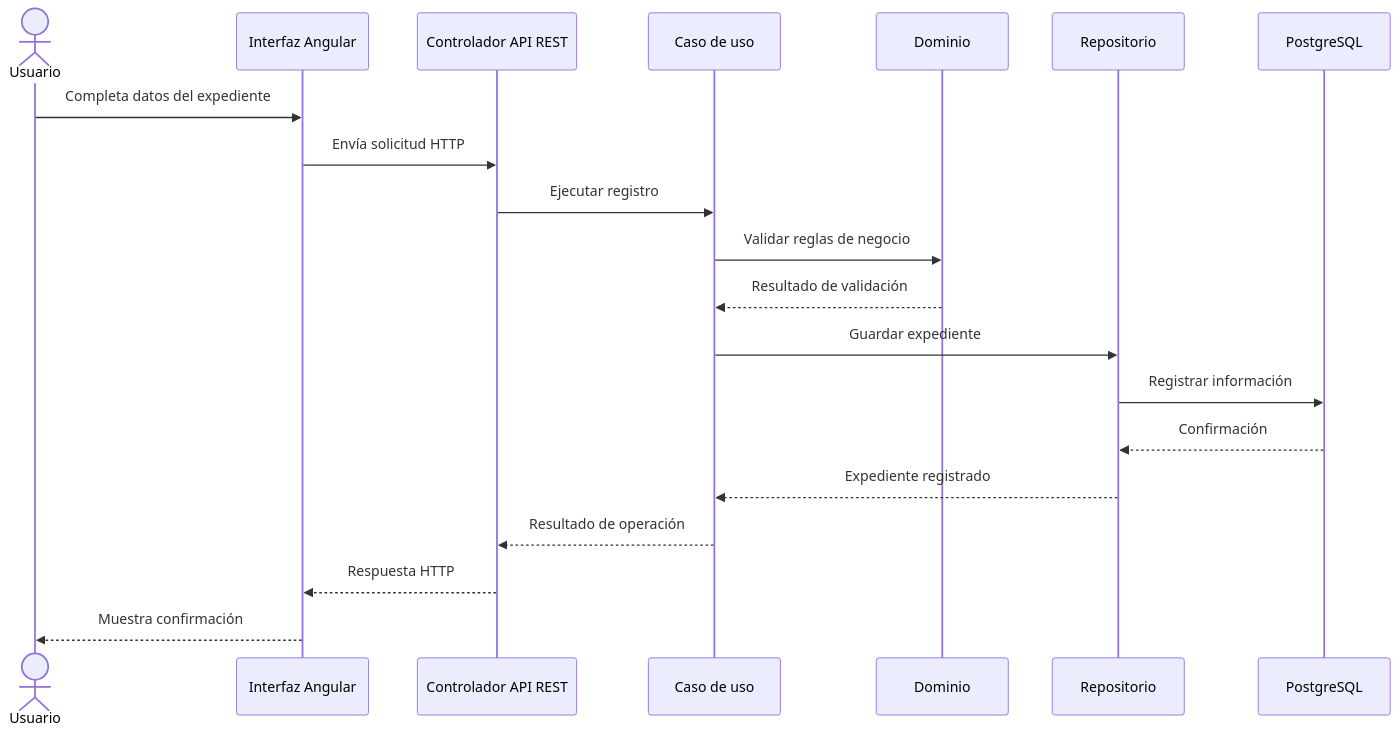
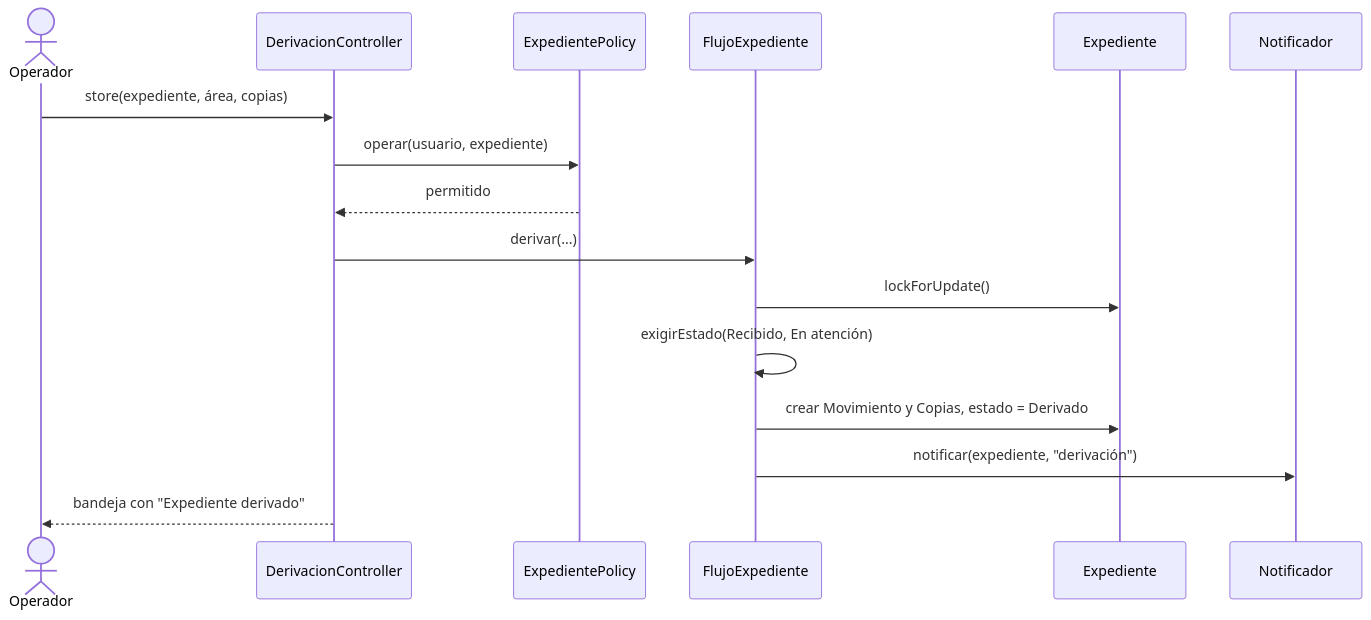
Before and after one commit to Yunfer2000/MesaPartes-arquitSoft: the third of 3 diagrams in docs/03-diseno-de-software/diseno-interno/diseno-interno-de-modulos.md, drawn with Mermaid. The commit also changed other lines of this file and 6 other files, not shown here.

````diff
--- a/docs/03-diseno-de-software/diseno-interno/diseno-interno-de-modulos.md
+++ b/docs/03-diseno-de-software/diseno-interno/diseno-interno-de-modulos.md
@@ -258,23 +149,18 @@
 ```mermaid
 sequenceDiagram
-    actor Usuario
-    participant UI as Interfaz Angular
-    participant API as Controlador API REST
-    participant UC as Caso de uso
-    participant DOM as Dominio
-    participant REP as Repositorio
-    participant DB as PostgreSQL
-
-    Usuario->>UI: Completa datos del expediente
-    UI->>API: Envía solicitud HTTP
-    API->>UC: Ejecutar registro
-    UC->>DOM: Validar reglas de negocio
-    DOM-->>UC: Resultado de validación
-    UC->>REP: Guardar expediente
-    REP->>DB: Registrar información
-    DB-->>REP: Confirmación
-    REP-->>UC: Expediente registrado
-    UC-->>API: Resultado de operación
-    API-->>UI: Respuesta HTTP
-    UI-->>Usuario: Muestra confirmación
+    actor Op as Operador
+    participant C as DerivacionController
+    participant P as ExpedientePolicy
+    participant F as FlujoExpediente
+    participant E as Expediente
+    participant N as Notificador
+    Op->>C: store(expediente, área, copias)
+    C->>P: operar(usuario, expediente)
+    P-->>C: permitido
+    C->>F: derivar(...)
+    F->>E: lockForUpdate()
+    F->>F: exigirEstado(Recibido, En atención)
+    F->>E: crear Movimiento y Copias, estado = Derivado
+    F->>N: notificar(expediente, "derivación")
+    C-->>Op: bandeja con "Expediente derivado"
 ```
````
